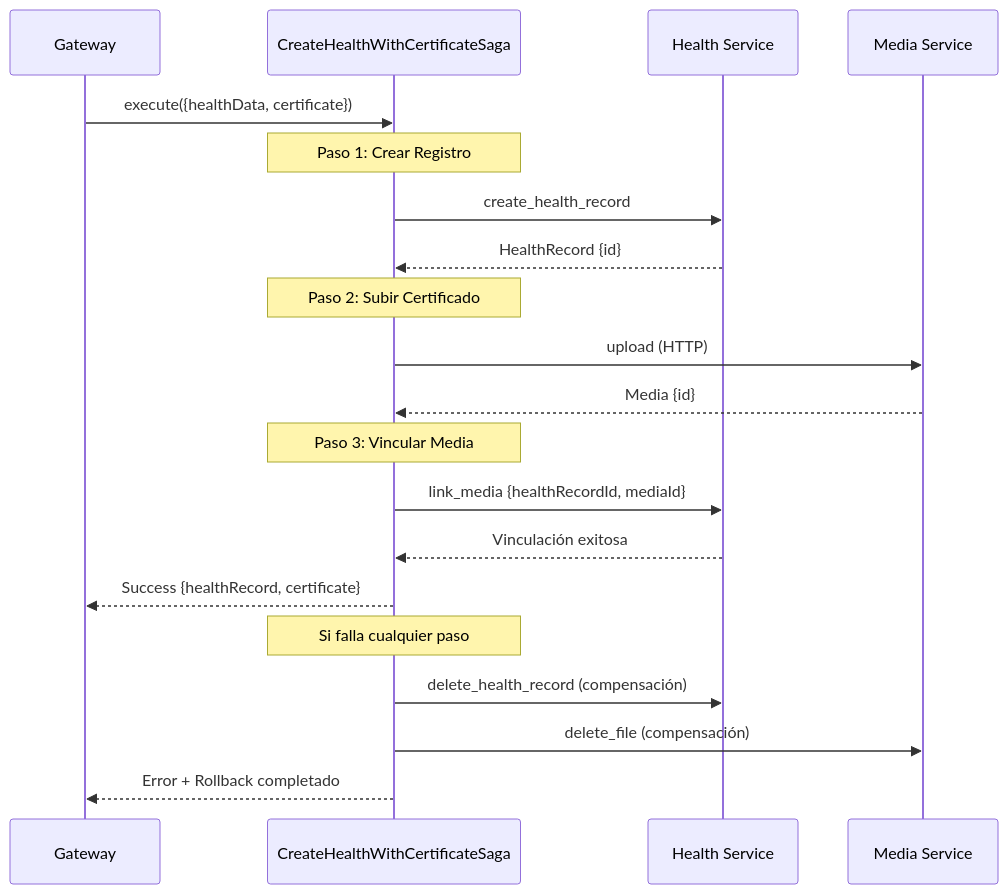
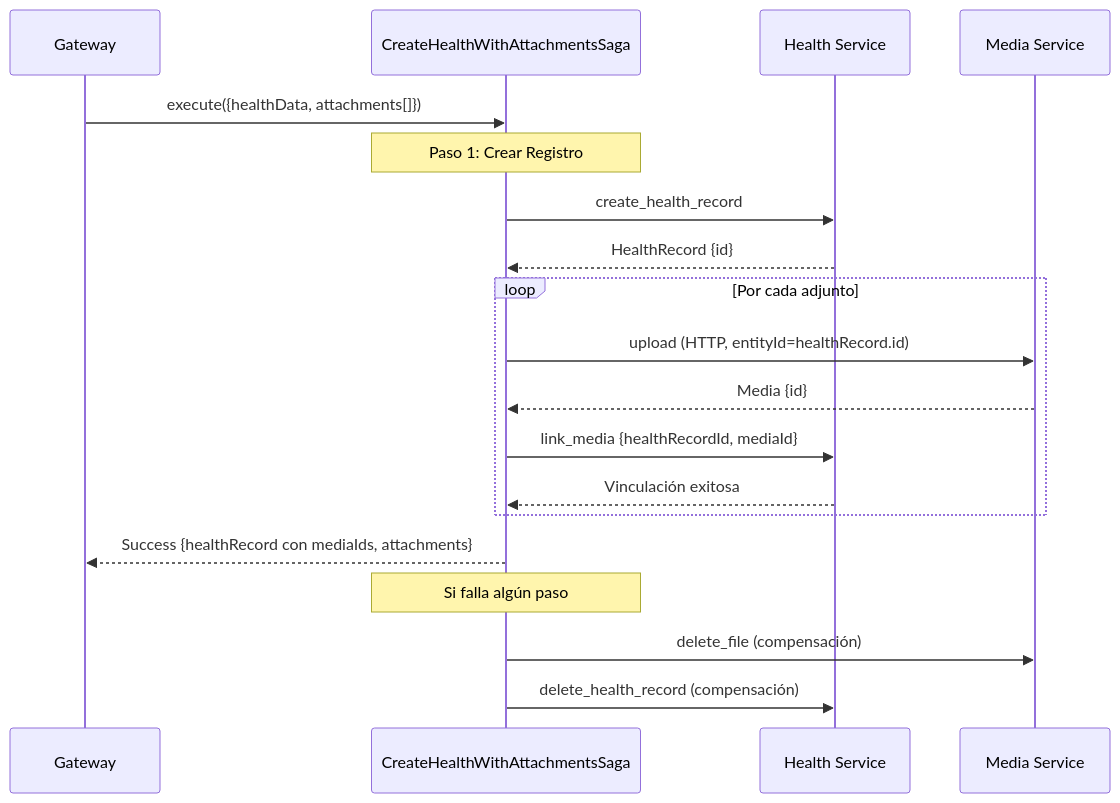
Before and after one commit to Libreta-Sanitaria-Mascotas/gateway: the third of 6 diagrams in README.md, drawn with Mermaid. The commit also changed other lines of this file and 7 other files, not shown here.

````diff
--- a/README.md
+++ b/README.md
@@ -131,28 +130,26 @@
 ```mermaid
 sequenceDiagram
     participant G as Gateway
-    participant Saga as CreateHealthWithCertificateSaga
+    participant Saga as CreateHealthWithAttachmentsSaga
     participant HS as Health Service
     participant MS as Media Service
     
-    G->>Saga: execute({healthData, certificate})
+    G->>Saga: execute({healthData, attachments[]})
     
     Note over Saga: Paso 1: Crear Registro
     Saga->>HS: create_health_record
     HS-->>Saga: HealthRecord {id}
     
-    Note over Saga: Paso 2: Subir Certificado
-    Saga->>MS: upload (HTTP)
-    MS-->>Saga: Media {id}
+    loop Por cada adjunto
+        Saga->>MS: upload (HTTP, entityId=healthRecord.id)
+        MS-->>Saga: Media {id}
+        Saga->>HS: link_media {healthRecordId, mediaId}
+        HS-->>Saga: Vinculación exitosa
+    end
     
-    Note over Saga: Paso 3: Vincular Media
-    Saga->>HS: link_media {healthRecordId, mediaId}
-    HS-->>Saga: Vinculación exitosa
+    Saga-->>G: Success {healthRecord con mediaIds, attachments}
     
-    Saga-->>G: Success {healthRecord, certificate}
-    
-    Note over Saga: Si falla cualquier paso
+    Note over Saga: Si falla algún paso
+    Saga->>MS: delete_file (compensación)
     Saga->>HS: delete_health_record (compensación)
-    Saga->>MS: delete_file (compensación)
-    Saga-->>G: Error + Rollback completado
 ```
````
